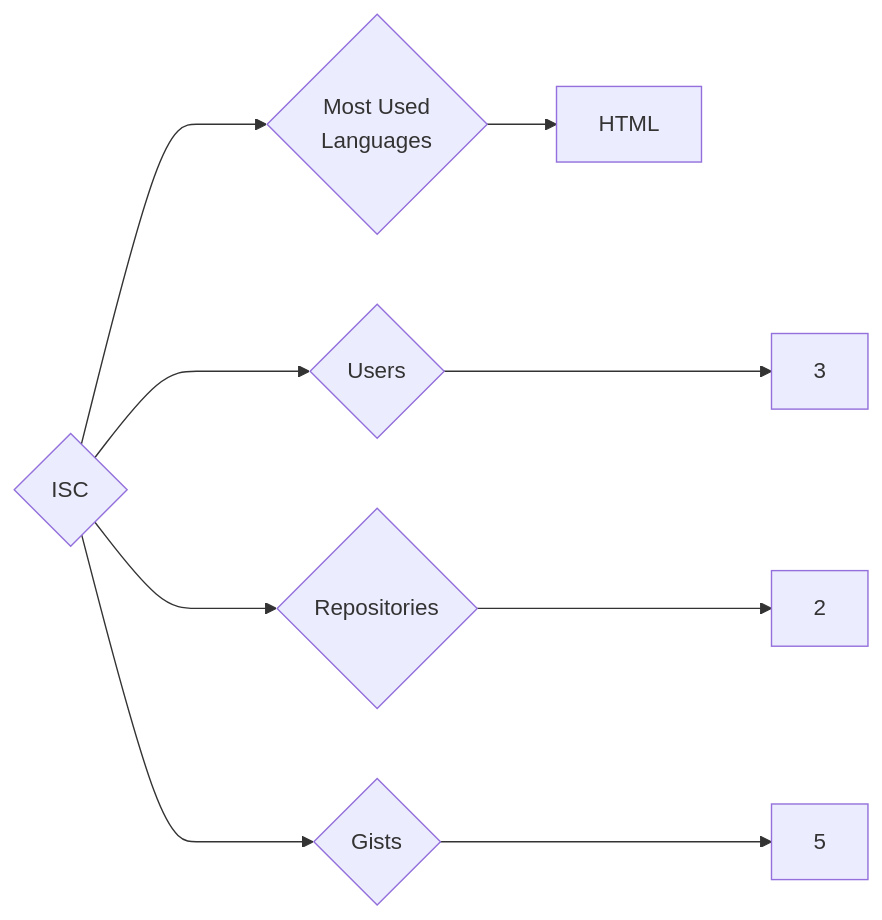
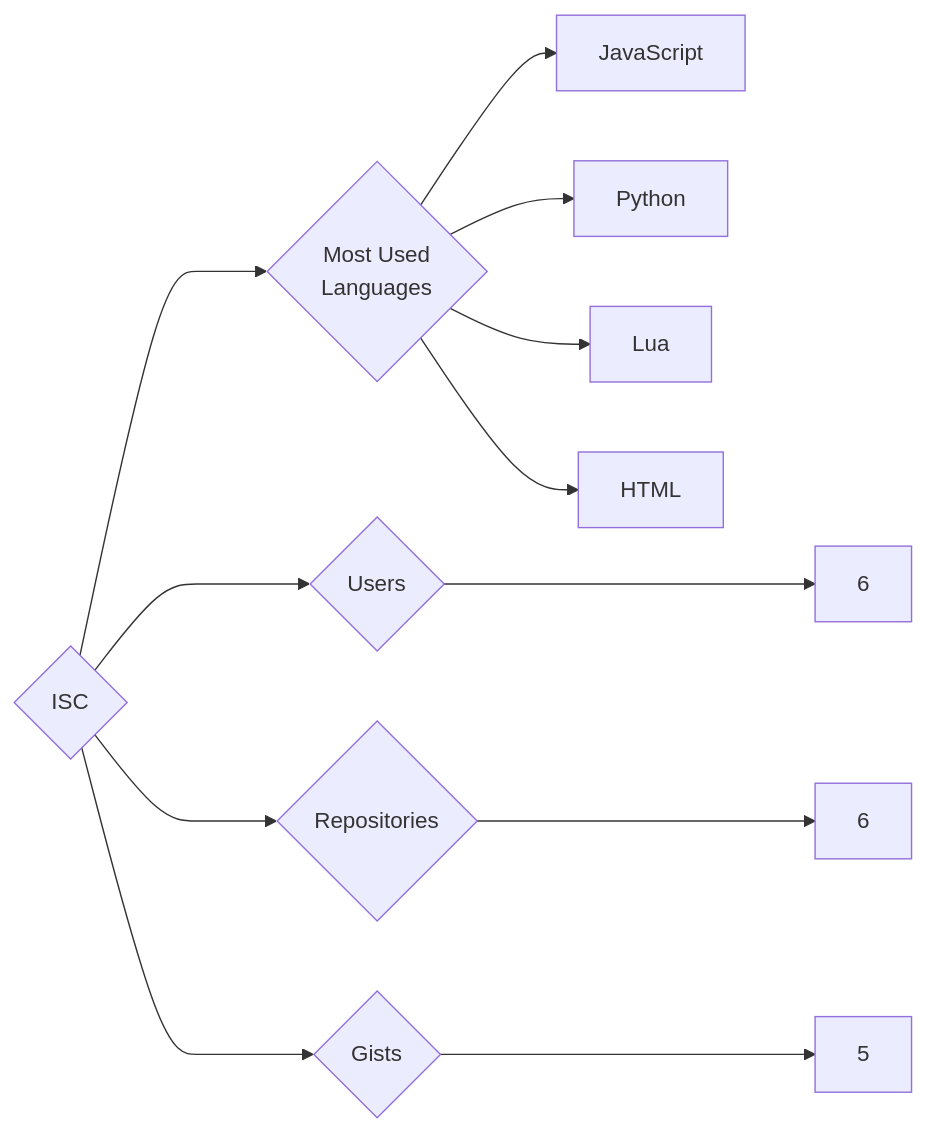
Before and after one commit to trickest/insiders: the diagram in targets/ISC/README.md, drawn with Mermaid. The commit also changed 845 other files, not shown here.

````diff
--- a/targets/ISC/README.md
+++ b/targets/ISC/README.md
@@ -3,9 +3,12 @@
 ```mermaid
 graph LR
 COMPANY_NAME{ISC}
-COMPANY_NAME ---> U{Users} ---> UN[3]
-COMPANY_NAME ---> R{Repositories} ---> RN[2]
+COMPANY_NAME ---> U{Users} ---> UN[6]
+COMPANY_NAME ---> R{Repositories} ---> RN[6]
 COMPANY_NAME ---> G{Gists} ---> GN[5]
 COMPANY_NAME ---> ML{Most Used<br>Languages}
+ML --> JavaScript[JavaScript]
+ML --> Python[Python]
+ML --> Lua[Lua]
 ML --> HTML[HTML]
 ```
````
